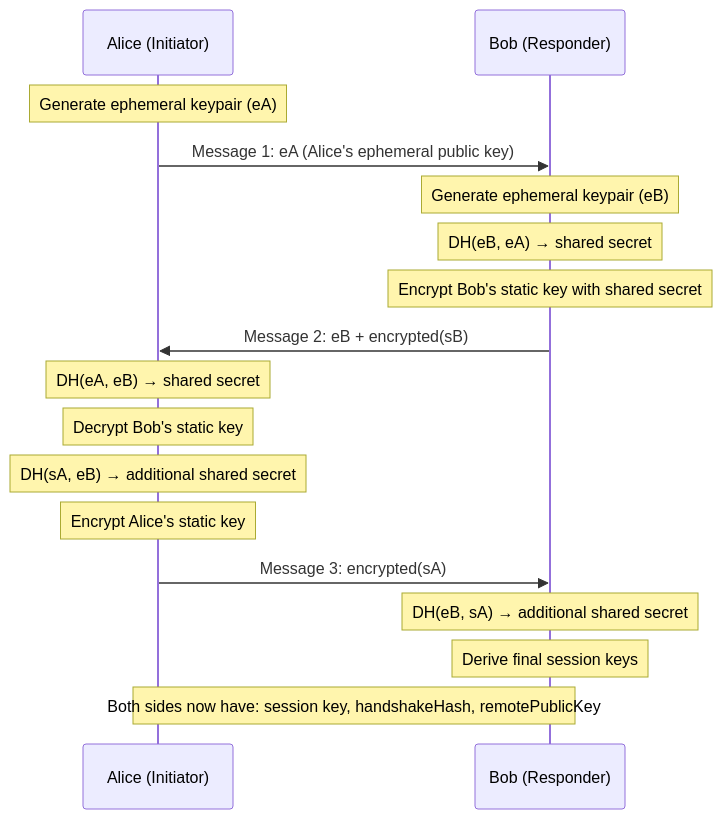
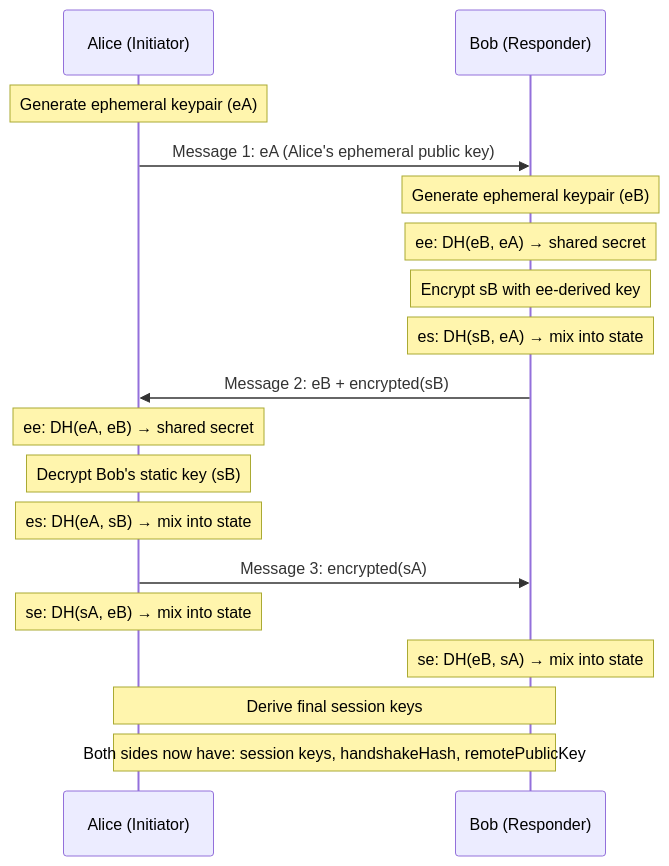
One commit to heart-IT/p2p-from-scratch changed the first of 2 diagrams in md/part-2-encrypted-pipes.md. Above: the diagram before and after it, drawn with Mermaid. The commit also changed other lines of this file and 16 other files, not shown here.

````diff
--- a/md/part-2-encrypted-pipes.md
+++ b/md/part-2-encrypted-pipes.md
@@ -84,24 +109,25 @@
 ```mermaid
 sequenceDiagram
     participant A as Alice (Initiator)
     participant B as Bob (Responder)
 
     Note over A: Generate ephemeral keypair (eA)
 
     A->>B: Message 1: eA (Alice's ephemeral public key)
     Note over B: Generate ephemeral keypair (eB)
-    Note over B: DH(eB, eA) → shared secret
-    Note over B: Encrypt Bob's static key with shared secret
+    Note over B: ee: DH(eB, eA) → shared secret
+    Note over B: Encrypt sB with ee-derived key
+    Note over B: es: DH(sB, eA) → mix into state
 
     B->>A: Message 2: eB + encrypted(sB)
-    Note over A: DH(eA, eB) → shared secret
-    Note over A: Decrypt Bob's static key
-    Note over A: DH(sA, eB) → additional shared secret
-    Note over A: Encrypt Alice's static key
+    Note over A: ee: DH(eA, eB) → shared secret
+    Note over A: Decrypt Bob's static key (sB)
+    Note over A: es: DH(eA, sB) → mix into state
 
     A->>B: Message 3: encrypted(sA)
-    Note over B: DH(eB, sA) → additional shared secret
-    Note over B: Derive final session keys
+    Note over A: se: DH(sA, eB) → mix into state
+    Note over B: se: DH(eB, sA) → mix into state
+    Note over A,B: Derive final session keys
 
-    Note over A,B: Both sides now have: session key, handshakeHash, remotePublicKey
+    Note over A,B: Both sides now have: session keys, handshakeHash, remotePublicKey
 ```
````
